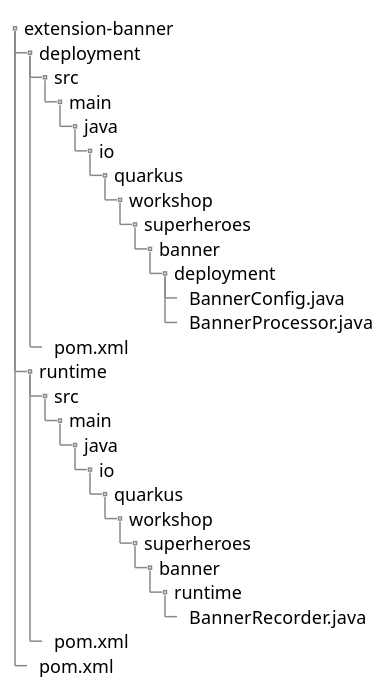
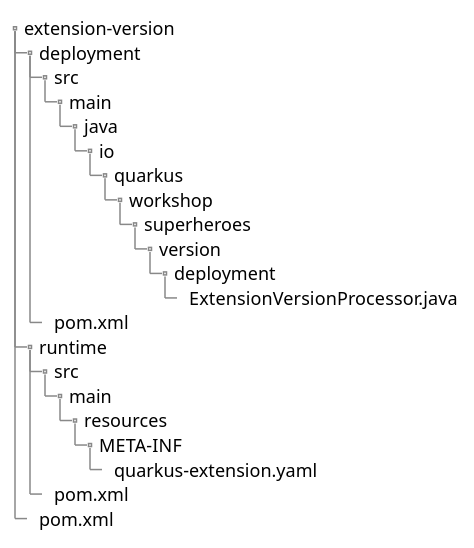
Before and after one commit to quarkusio/quarkus-workshops: the second of 2 diagrams in quarkus-workshop-super-heroes/docs/src/main/asciidoc/8-quarkus-extension/extension.adoc, drawn with PlantUML. The commit also changed other lines of this file and 36 other files, not shown here.

```diff
--- a/quarkus-workshop-super-heroes/docs/src/main/asciidoc/8-quarkus-extension/extension.adoc
+++ b/quarkus-workshop-super-heroes/docs/src/main/asciidoc/8-quarkus-extension/extension.adoc
@@ -63,37 +73,31 @@
 [plantuml]
 ----
 @startsalt
 {
 {
 T
-extension-banner
+extension-version
 +  deployment
 ++  src
 +++  main
 ++++  java
 +++++  io
 ++++++  quarkus
 +++++++  workshop
 ++++++++  superheroes
-+++++++++  banner
++++++++++  version
 ++++++++++  deployment
-+++++++++++  BannerConfig.java
-+++++++++++  BannerProcessor.java
++++++++++++  ExtensionVersionProcessor.java
 ++  pom.xml
 +  runtime
 ++  src
 +++  main
-++++  java
-+++++  io
-++++++  quarkus
-+++++++  workshop
-++++++++  superheroes
-+++++++++  banner
-++++++++++  runtime
-+++++++++++  BannerRecorder.java
+++++  resources
++++++  META-INF
+++++++  quarkus-extension.yaml
 ++  pom.xml
 +  pom.xml
 }
 }
 @endsalt
 ----
```
